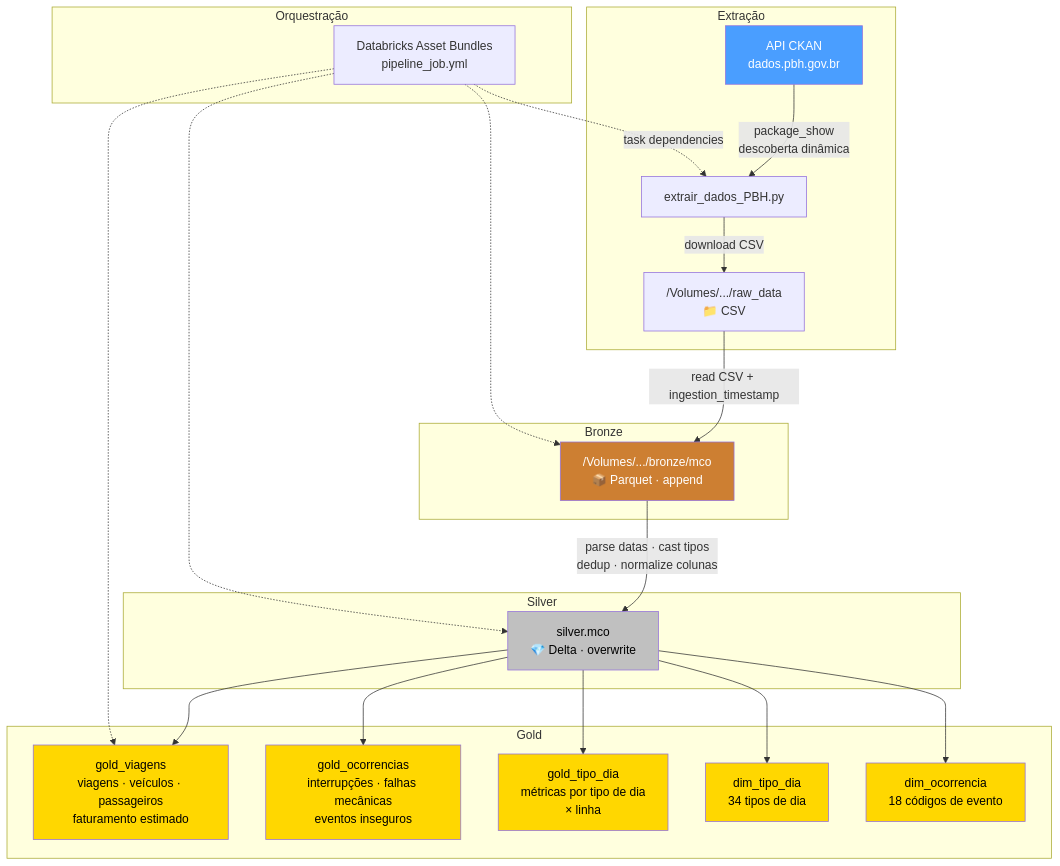
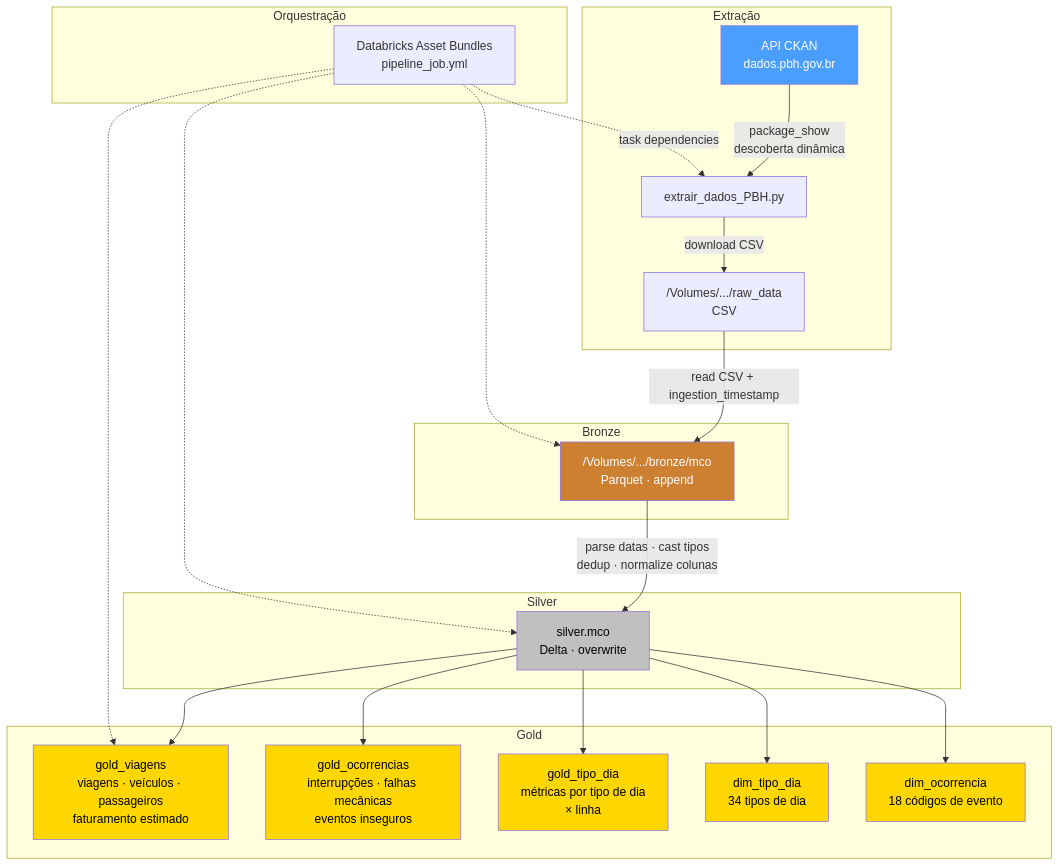
One commit to jvmendescunha/mobilidade_urbana_pipeline changed the diagram in README.md. Above: the diagram before and after it, drawn with Mermaid. The commit also changed other lines of this file and 1 other file, not shown here.

Commit message:
adds data dictionary

````diff
--- a/README.md
+++ b/README.md
@@ -70,39 +76,39 @@
 ```mermaid                                                                                                         
 flowchart TB                                              
     subgraph Extração
         API[API CKAN<br/>dados.pbh.gov.br] -->|package_show<br/>descoberta dinâmica| SCRIPT[extrair_dados_PBH.py]
-        SCRIPT -->|download CSV| RAW["/Volumes/.../raw_data<br/>📁 CSV"]
+        SCRIPT -->|download CSV| RAW["/Volumes/.../raw_data<br/>CSV"]
     end
 
     subgraph Bronze
-        RAW -->|read CSV + ingestion_timestamp| BRZ["/Volumes/.../bronze/mco<br/>📦 Parquet · append"]
+        RAW -->|read CSV + ingestion_timestamp| BRZ["/Volumes/.../bronze/mco<br/>Parquet · append"]
     end
 
     subgraph Silver
-        BRZ -->|parse datas · cast tipos<br/>dedup · normalize colunas| SLV["silver.mco<br/>💎 Delta · overwrite"]
+        BRZ -->|parse datas · cast tipos<br/>dedup · normalize colunas| SLV["silver.mco<br/>Delta · overwrite"]
     end
 
     subgraph Gold
         SLV --> GV["gold_viagens<br/>viagens · veículos · passageiros<br/>faturamento estimado"]
         SLV --> GO["gold_ocorrencias<br/>interrupções · falhas mecânicas<br/>eventos inseguros"]
         SLV --> GT["gold_tipo_dia<br/>métricas por tipo de dia<br/>× linha"]
         SLV --> DIM1["dim_tipo_dia<br/>34 tipos de dia"]
         SLV --> DIM2["dim_ocorrencia<br/>18 códigos de evento"]
     end
 
     subgraph Orquestração
         DAB["Databricks Asset Bundles<br/>pipeline_job.yml"] -.->|task dependencies| SCRIPT
         DAB -.-> BRZ
         DAB -.-> SLV
         DAB -.-> GV
     end
 
     style API fill:#4a9eff,color:#fff
     style BRZ fill:#cd7f32,color:#fff
     style SLV fill:#c0c0c0,color:#000
     style GV fill:#ffd700,color:#000
     style GO fill:#ffd700,color:#000
     style GT fill:#ffd700,color:#000
     style DIM1 fill:#ffd700,color:#000
     style DIM2 fill:#ffd700,color:#000
 ```
````
